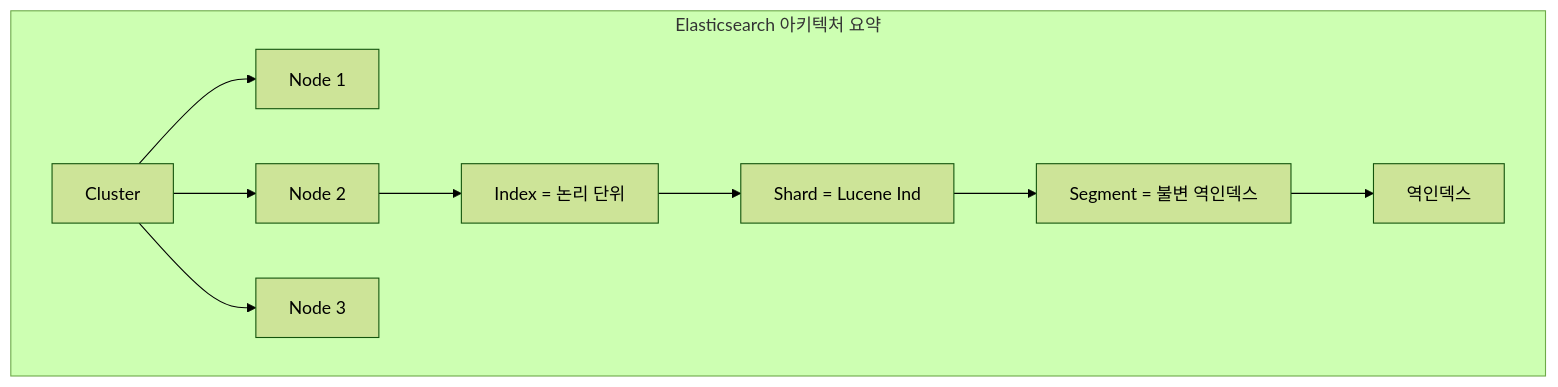
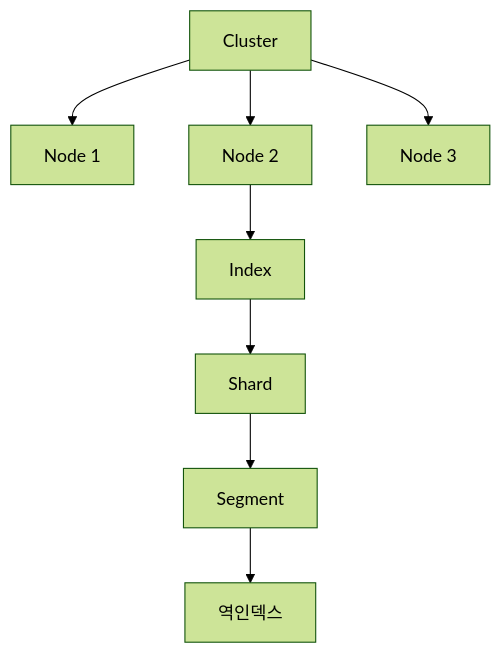
One commit to yjkim2015/yjkim2015.github.io changed the seventh of 7 diagrams in _posts/nosql/2026-05-03-elasticsearch-deep.md. Above: the diagram before and after it, drawn with Mermaid (forest theme). The commit also changed 155 other files, not shown here.

First line of the commit message:
Mermaid 전면 수정: subgraph 제거, participant/노드/줄수 축소 (342블록)

````diff
--- a/_posts/nosql/2026-05-03-elasticsearch-deep.md
+++ b/_posts/nosql/2026-05-03-elasticsearch-deep.md
@@ -666,13 +666,10 @@
 ```mermaid
 graph TB
-    subgraph "Elasticsearch 아키텍처 요약"
-        CL["Cluster"]
-        CL --> N1["Node 1"]
-        CL --> N2["Node 2"]
-        CL --> N3["Node 3"]
-        N2 --> IDX["Index = 논리 단위"]
-        IDX --> SH["Shard = Lucene Ind"]
-        SH --> SEG["Segment = 불변 역인덱스"]
-        SEG --> II["역인덱스"]
-    end
+    CL["Cluster"] --> N1["Node 1"]
+    CL --> N2["Node 2"]
+    CL --> N3["Node 3"]
+    N2 --> IDX["Index"]
+    IDX --> SH["Shard"]
+    SH --> SEG["Segment"]
+    SEG --> II["역인덱스"]
 ```
````
